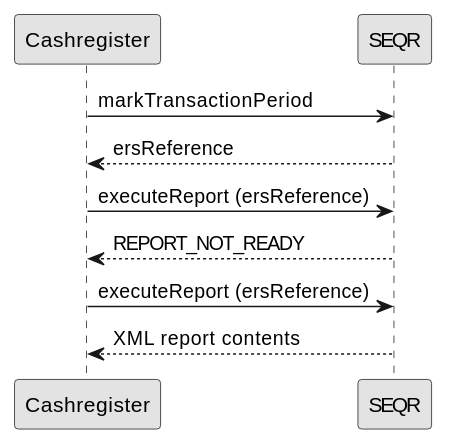
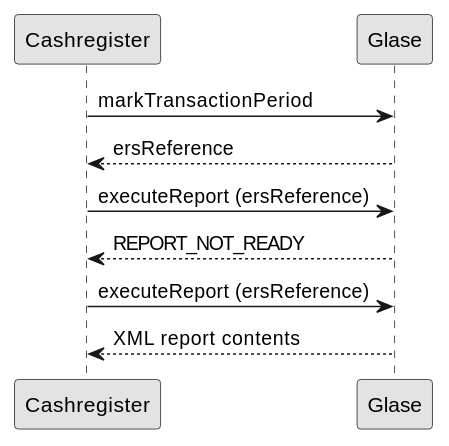
The diagram in merchant/reference/reporting.md (SeamlessDistribution/SeamlessDistribution.github.io), drawn with PlantUML before and after one commit. The commit also changed other lines of this file and 53 other files, not shown here.

```diff
--- a/merchant/reference/reporting.md
+++ b/merchant/reference/reporting.md
@@ -21,9 +21,9 @@
 @startuml
 skinparam monochrome true
-Cashregister->SEQR: markTransactionPeriod
-SEQR-->Cashregister: ersReference
-Cashregister->SEQR: executeReport (ersReference)
-SEQR-->Cashregister: REPORT_NOT_READY
-Cashregister->SEQR: executeReport (ersReference)
-SEQR-->Cashregister: XML report contents
+Cashregister->Glase: markTransactionPeriod
+Glase-->Cashregister: ersReference
+Cashregister->Glase: executeReport (ersReference)
+Glase-->Cashregister: REPORT_NOT_READY
+Cashregister->Glase: executeReport (ersReference)
+Glase-->Cashregister: XML report contents
 @enduml
```
